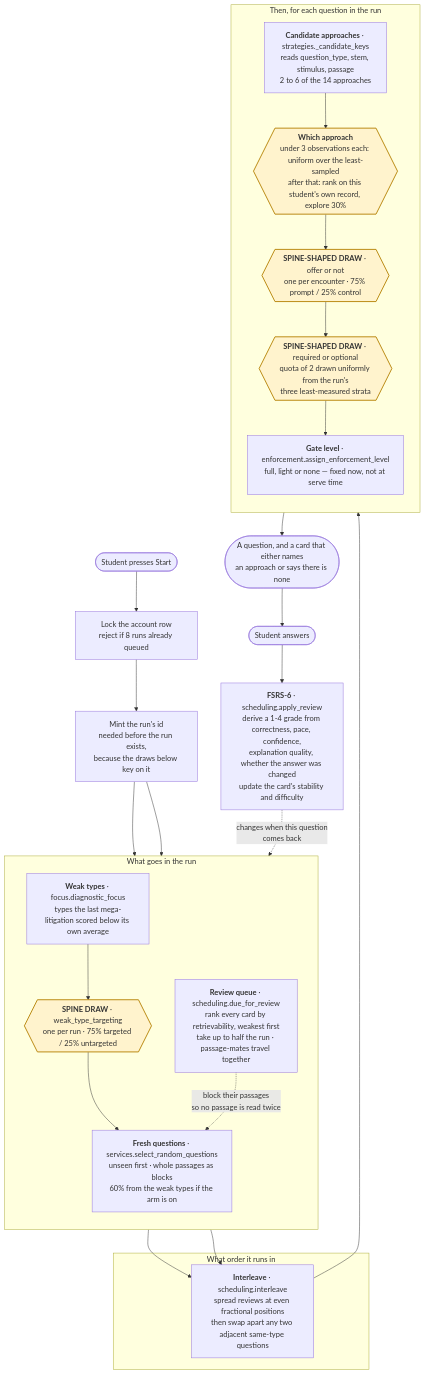
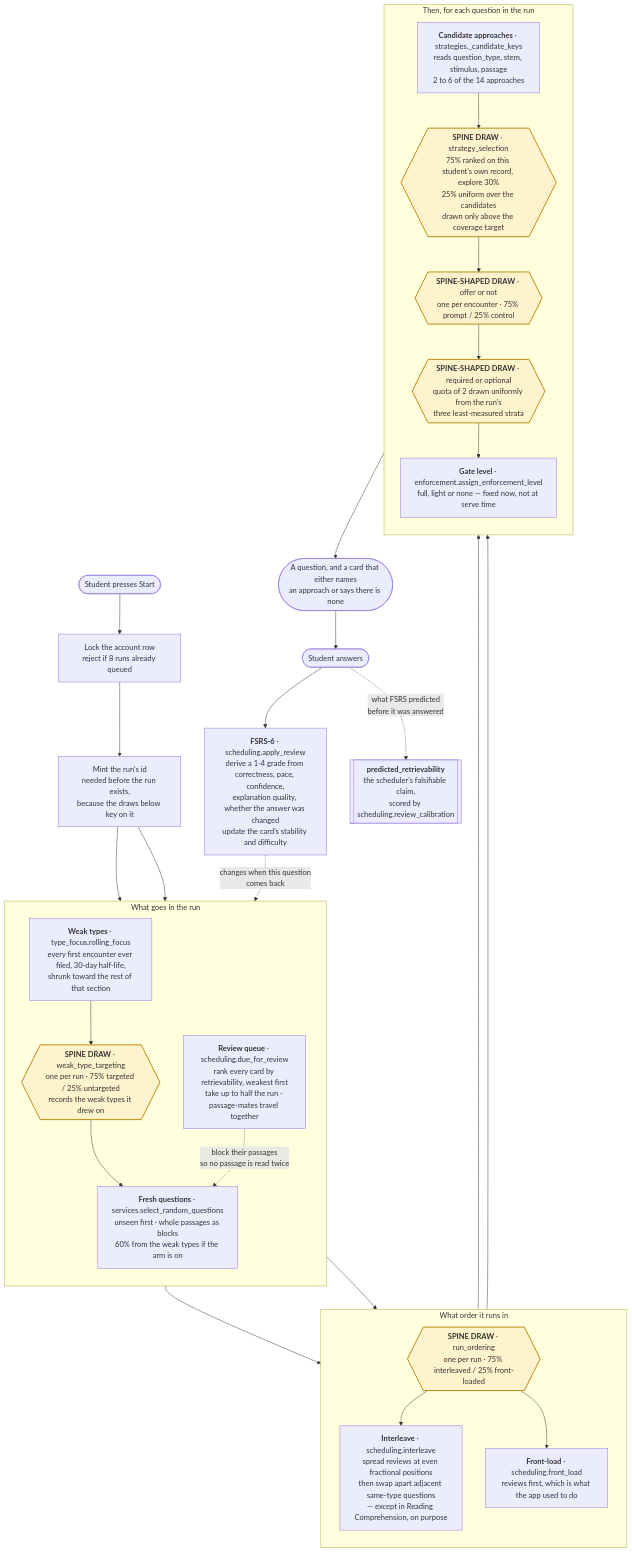
The first of 2 diagrams in docs/learning-system.md (nischayhegde/LSATspeedrun), drawn with Mermaid before and after one commit. The commit also changed other lines of this file, not shown here.

````diff
--- a/docs/learning-system.md
+++ b/docs/learning-system.md
@@ -24,46 +33,53 @@
 ```mermaid
 flowchart TD
     START(["Student presses Start"]) --> LOCK["Lock the account row<br/>reject if 8 runs already queued"]
     LOCK --> MINT["Mint the run's id<br/>needed before the run exists,<br/>because the draws below key on it"]
 
     MINT --> REVIEW
     MINT --> FOCUS
 
     subgraph WHAT["What goes in the run"]
         direction TB
         REVIEW["<b>Review queue</b> · scheduling.due_for_review<br/>rank every card by retrievability, weakest first<br/>take up to half the run · passage-mates travel together"]
-        FOCUS["<b>Weak types</b> · focus.diagnostic_focus<br/>types the last mega-litigation scored below its own average"]
-        DRAW1{{"<b>SPINE DRAW</b> · weak_type_targeting<br/>one per run · 75% targeted / 25% untargeted"}}
+        FOCUS["<b>Weak types</b> · type_focus.rolling_focus<br/>every first encounter ever filed, 30-day half-life,<br/>shrunk toward the rest of that section"]
+        DRAW1{{"<b>SPINE DRAW</b> · weak_type_targeting<br/>one per run · 75% targeted / 25% untargeted<br/>records the weak types it drew on"}}
         FRESH["<b>Fresh questions</b> · services.select_random_questions<br/>unseen first · whole passages as blocks<br/>60% from the weak types if the arm is on"]
         FOCUS --> DRAW1 --> FRESH
         REVIEW -.->|"block their passages<br/>so no passage is read twice"| FRESH
     end
 
-    REVIEW --> ORDER
-    FRESH --> ORDER
+    REVIEW --> DRAW2
+    FRESH --> DRAW2
 
     subgraph HOW["What order it runs in"]
-        ORDER["<b>Interleave</b> · scheduling.interleave<br/>spread reviews at even fractional positions<br/>then swap apart any two adjacent same-type questions"]
+        direction TB
+        DRAW2{{"<b>SPINE DRAW</b> · run_ordering<br/>one per run · 75% interleaved / 25% front-loaded"}}
+        ORDER["<b>Interleave</b> · scheduling.interleave<br/>spread reviews at even fractional positions<br/>then swap apart adjacent same-type questions<br/>— except in Reading Comprehension, on purpose"]
+        FRONT["<b>Front-load</b> · scheduling.front_load<br/>reviews first, which is what the app used to do"]
+        DRAW2 --> ORDER
+        DRAW2 --> FRONT
     end
 
     ORDER --> PERQ
+    FRONT --> PERQ
 
     subgraph PERQ["Then, for each question in the run"]
         direction TB
         CAND["<b>Candidate approaches</b> · strategies._candidate_keys<br/>reads question_type, stem, stimulus, passage<br/>2 to 6 of the 14 approaches"]
-        BANDIT{{"<b>Which approach</b><br/>under 3 observations each: uniform over the least-sampled<br/>after that: rank on this student's own record, explore 30%"}}
+        BANDIT{{"<b>SPINE DRAW</b> · strategy_selection<br/>75% ranked on this student's own record, explore 30%<br/>25% uniform over the candidates<br/>drawn only above the coverage target"}}
         TRIAL{{"<b>SPINE-SHAPED DRAW</b> · offer or not<br/>one per encounter · 75% prompt / 25% control"}}
         FORCE{{"<b>SPINE-SHAPED DRAW</b> · required or optional<br/>quota of 2 drawn uniformly from the run's<br/>three least-measured strata"}}
         GATE["<b>Gate level</b> · enforcement.assign_enforcement_level<br/>full, light or none — fixed now, not at serve time"]
         CAND --> BANDIT --> TRIAL --> FORCE --> GATE
     end
 
     PERQ --> SERVE(["A question, and a card that either names<br/>an approach or says there is none"])
 
     SERVE --> ANSWER(["Student answers"])
     ANSWER --> FSRS["<b>FSRS-6</b> · scheduling.apply_review<br/>derive a 1-4 grade from correctness, pace, confidence,<br/>explanation quality, whether the answer was changed<br/>update the card's stability and difficulty"]
+    ANSWER -.->|"what FSRS predicted<br/>before it was answered"| CAL[["<b>predicted_retrievability</b><br/>the scheduler's falsifiable claim,<br/>scored by scheduling.review_calibration"]]
     FSRS -.->|"changes when this question<br/>comes back"| REVIEW
 
     classDef draw fill:#fff3cd,stroke:#b8860b,stroke-width:2px
-    class DRAW1,BANDIT,TRIAL,FORCE draw
+    class DRAW1,DRAW2,BANDIT,TRIAL,FORCE draw
 ```
````
